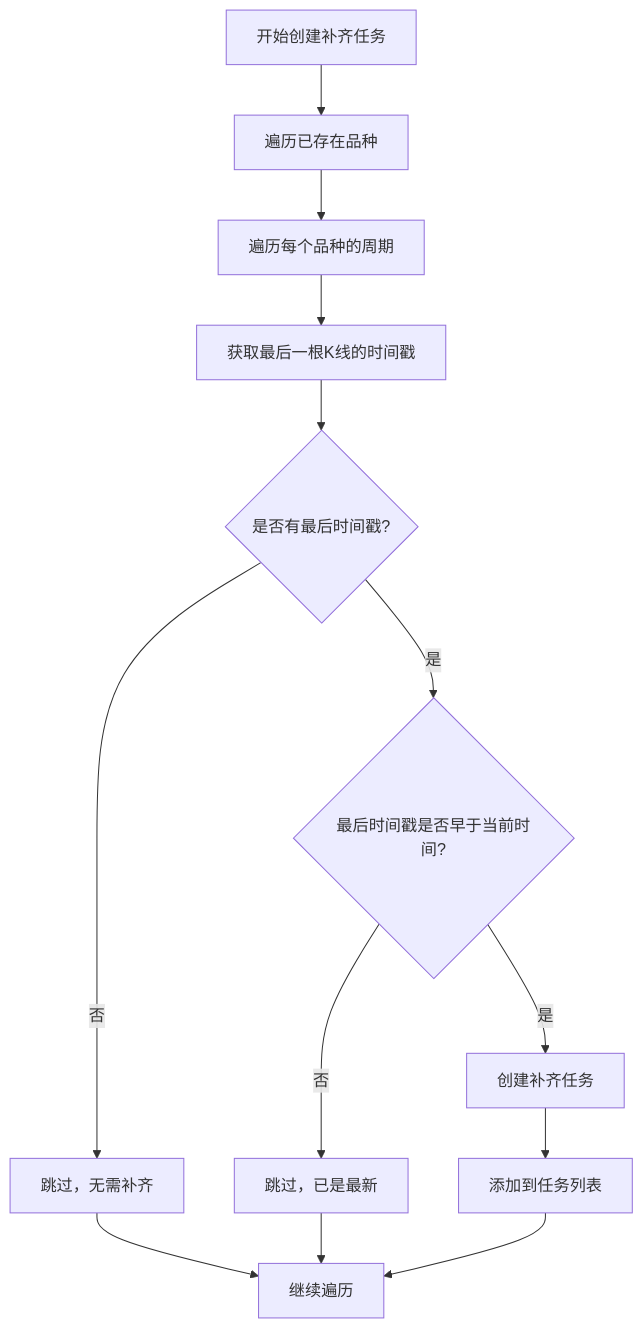
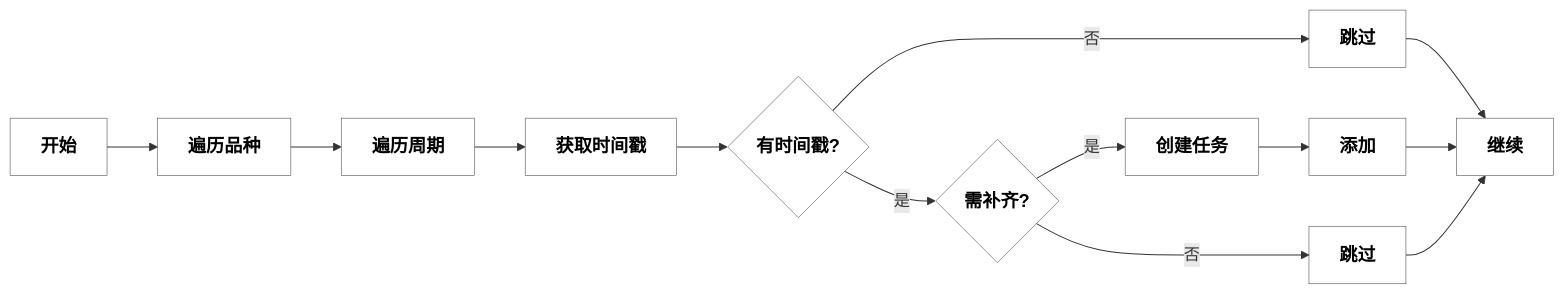
The seventh of 16 diagrams in docs/kline_data_download_flow.md (workkkfor2012/BinanceCryptoKline), drawn with Mermaid before and after one commit. The commit also changed other lines of this file and 49 other files, not shown here.

````diff
--- a/docs/kline_data_download_flow.md
+++ b/docs/kline_data_download_flow.md
@@ -106,15 +125,13 @@
 ```mermaid
-flowchart TD
-    A[开始创建补齐任务] --> B[遍历已存在品种]
-    B --> C[遍历每个品种的周期]
-    C --> D[获取最后一根K线的时间戳]
-    D --> E{是否有最后时间戳?}
-    E -->|是| F{最后时间戳是否早于当前时间?}
-    E -->|否| G[跳过，无需补齐]
-    F -->|是| H[创建补齐任务]
-    F -->|否| I[跳过，已是最新]
-    H --> J[添加到任务列表]
-    G --> K[继续遍历]
-    I --> K
-    J --> K
+flowchart LR
+    A[开始]-->B[遍历品种]-->C[遍历周期]-->D[获取时间戳]-->E{有时间戳?}
+    E-->|是|F{需补齐?}
+    E-->|否|G[跳过]-->K[继续]
+    F-->|是|H[创建任务]-->J[添加]-->K
+    F-->|否|I[跳过]-->K
+
+    %% 设置所有节点样式
+    classDef nodeStyle fill:#ffffff,stroke:#333,color:black,font-weight:bold,font-size:18px
+    class A,B,C,D,E,F,G,H,I,J,K nodeStyle
+    classDef default fill:#f9f9f9,stroke:#333,stroke-width:0.5px;
 ```
````
